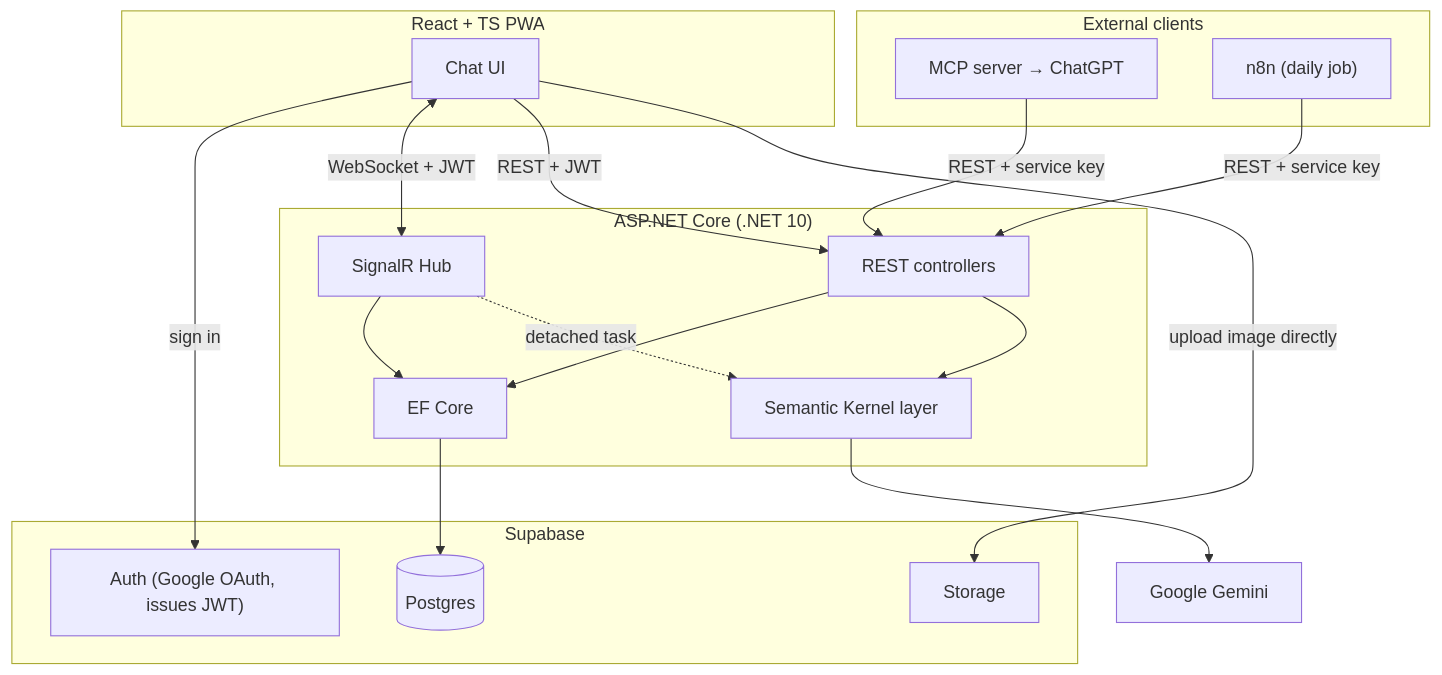
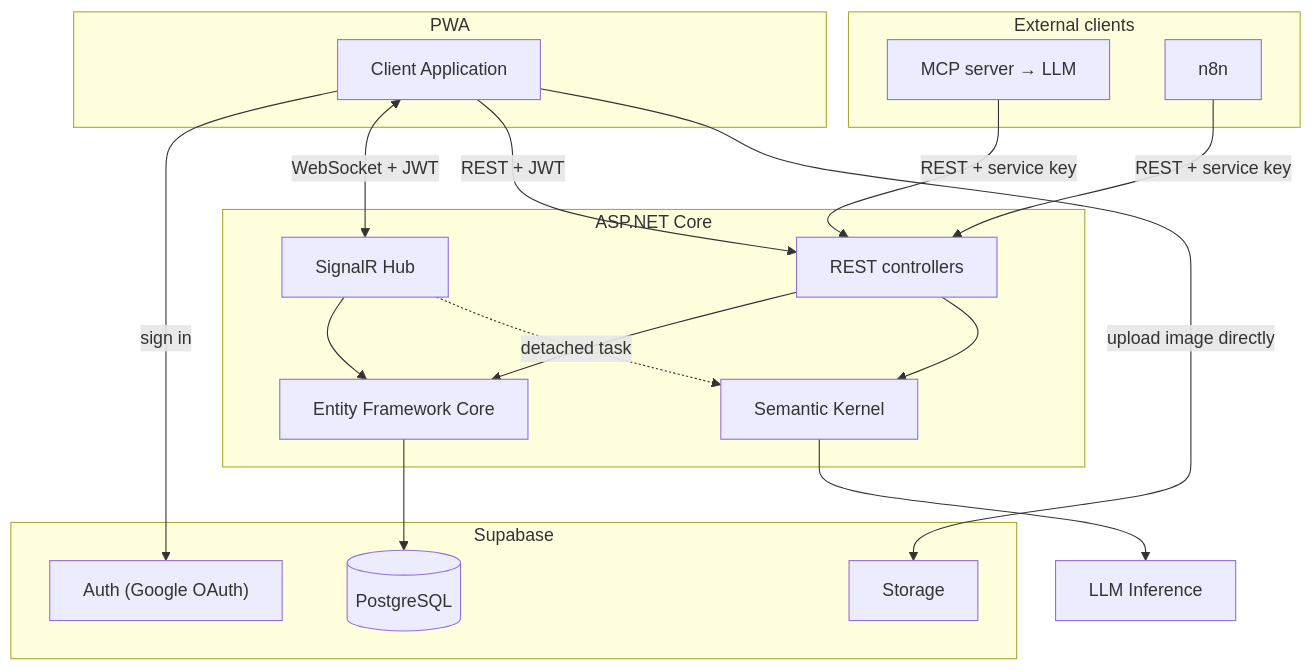
One commit to phanxuanquang/jetomax-assignment changed the first of 5 diagrams in docs/backend-system-design-and-architecture.md. Above: the diagram before and after it, drawn with Mermaid. The commit also changed other lines of this file and 7 other files, not shown here.

Commit message:
feat(mcp): update project structure and documentation for MCP server integration

````diff
--- a/docs/backend-system-design-and-architecture.md
+++ b/docs/backend-system-design-and-architecture.md
@@ -55,33 +49,33 @@
 ```mermaid
 flowchart TB
-    subgraph Client["React + TS PWA"]
-        FE["Chat UI"]
+    subgraph Client["PWA"]
+        FE["Client Application"]
     end
-    subgraph BE["ASP.NET Core (.NET 10)"]
+    subgraph BE["ASP.NET Core"]
         RT["SignalR Hub"]
         API["REST controllers"]
-        SK["Semantic Kernel layer"]
-        DATA["EF Core"]
+        SK["Semantic Kernel"]
+        DATA["Entity Framework Core"]
     end
     subgraph SB["Supabase"]
-        AUTH["Auth (Google OAuth, issues JWT)"]
-        PG[("Postgres")]
+        AUTH["Auth (Google OAuth)"]
+        PG[("PostgreSQL")]
         ST["Storage"]
     end
-    GEM["Google Gemini"]
+    GEM["LLM Inference"]
     subgraph EXT["External clients"]
-        MCPS["MCP server → ChatGPT"]
-        N8N["n8n (daily job)"]
+        MCPS["MCP server → LLM"]
+        N8N["n8n"]
     end
 
     FE -->|sign in| AUTH
     FE <-->|WebSocket + JWT| RT
     FE -->|REST + JWT| API
     FE -->|upload image directly| ST
     RT --> DATA --> PG
     API --> DATA
     API --> SK --> GEM
     RT -.->|detached task| SK
     MCPS -->|REST + service key| API
     N8N -->|REST + service key| API
 ```
````
